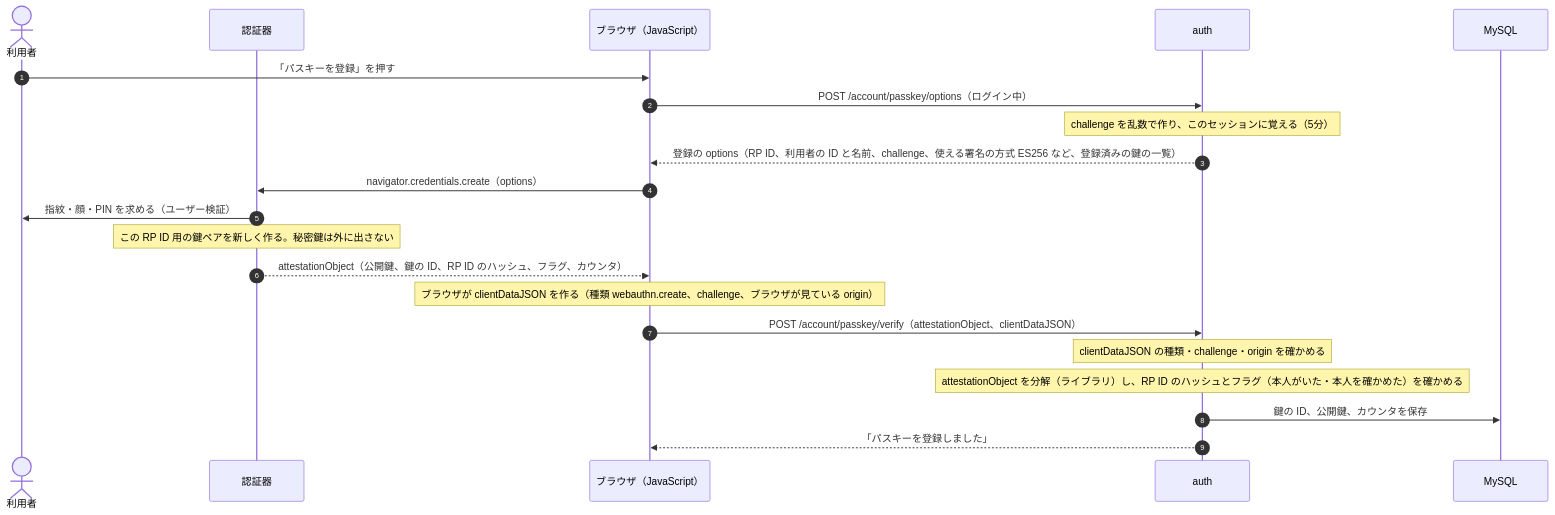
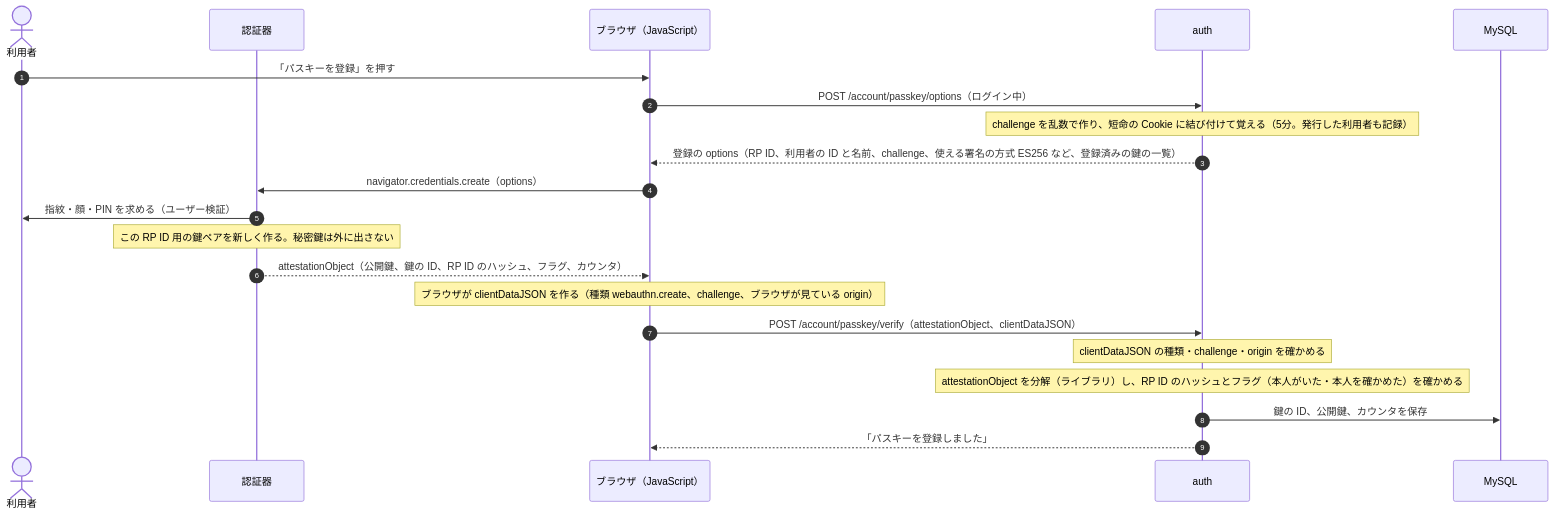
The first of 2 diagrams in docs/steps/3-passkey.md (alphajinsei/auth), drawn with Mermaid before and after one commit. The commit also changed other lines of this file and 16 other files, not shown here.

````diff
--- a/docs/steps/3-passkey.md
+++ b/docs/steps/3-passkey.md
@@ -55,24 +57,24 @@
 ```mermaid
 sequenceDiagram
   autonumber
   actor U as 利用者
   participant K as 認証器
   participant B as ブラウザ（JavaScript）
   participant A as auth
   participant DB as MySQL
 
   U->>B: 「パスキーを登録」を押す
   B->>A: POST /account/passkey/options（ログイン中）
-  Note over A: challenge を乱数で作り、このセッションに覚える（5分）
+  Note over A: challenge を乱数で作り、短命の Cookie に結び付けて覚える（5分。発行した利用者も記録）
   A-->>B: 登録の options（RP ID、利用者の ID と名前、challenge、使える署名の方式 ES256 など、登録済みの鍵の一覧）
   B->>K: navigator.credentials.create（options）
   K->>U: 指紋・顔・PIN を求める（ユーザー検証）
   Note over K: この RP ID 用の鍵ペアを新しく作る。秘密鍵は外に出さない
   K-->>B: attestationObject（公開鍵、鍵の ID、RP ID のハッシュ、フラグ、カウンタ）
   Note over B: ブラウザが clientDataJSON を作る（種類 webauthn.create、challenge、ブラウザが見ている origin）
   B->>A: POST /account/passkey/verify（attestationObject、clientDataJSON）
   Note over A: clientDataJSON の種類・challenge・origin を確かめる
   Note over A: attestationObject を分解（ライブラリ）し、RP ID のハッシュとフラグ（本人がいた・本人を確かめた）を確かめる
   A->>DB: 鍵の ID、公開鍵、カウンタを保存
   A-->>B: 「パスキーを登録しました」
 ```
````
